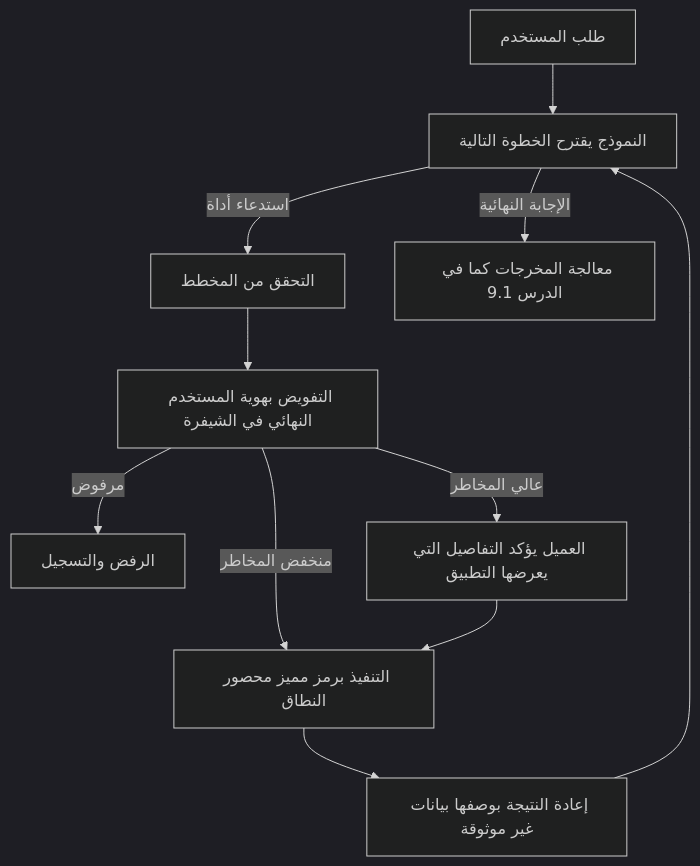
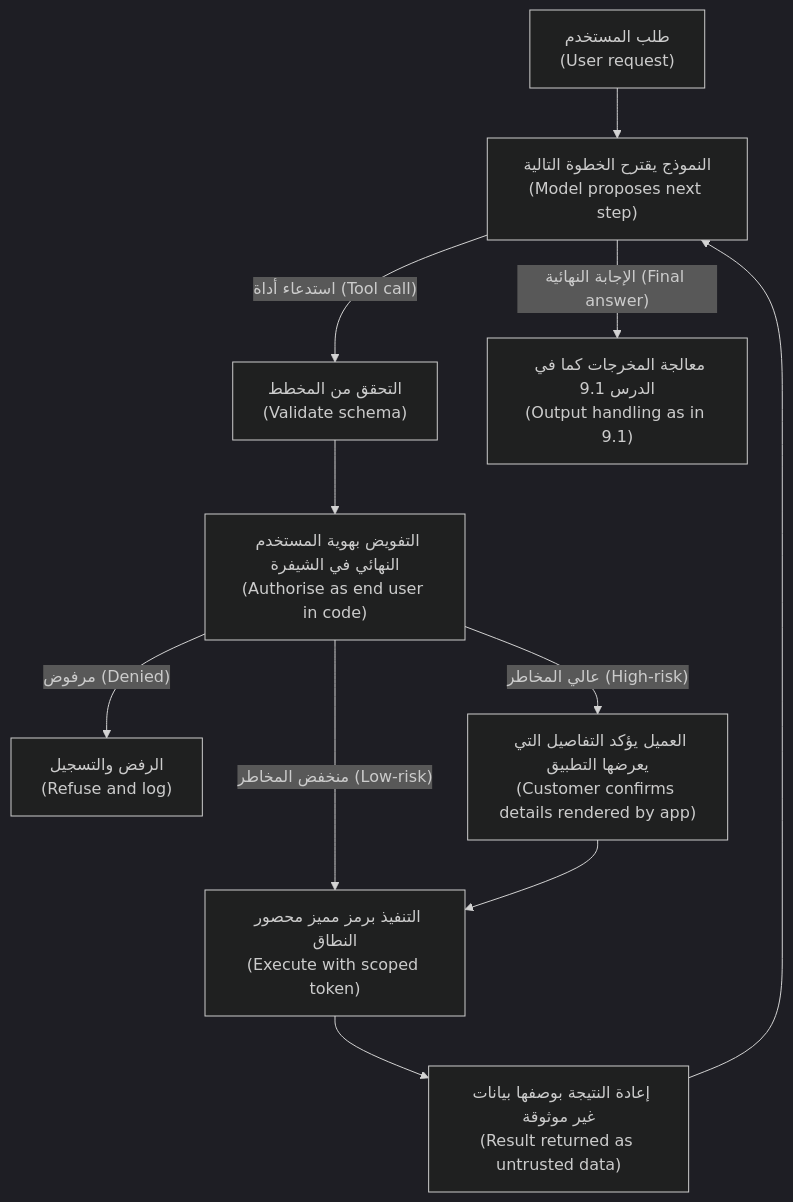
One commit to Tamoura/system-design-for-vibe-coders changed the second of 4 diagrams in secai/modules/09-ai-defence.ar.md. Above: the diagram before and after it, drawn with Mermaid (dark theme). The commit also changed other lines of this file and 11 other files, not shown here.

First line of the commit message:
Security course: Arabic modules 10–11 reviewed; RTL diagrams with English labels for modules 0–11

````diff
--- a/secai/modules/09-ai-defence.ar.md
+++ b/secai/modules/09-ai-defence.ar.md
@@ -281,13 +281,13 @@
 ```mermaid
 flowchart TD
-    A["طلب المستخدم"] --> B["النموذج يقترح الخطوة التالية"]
-    B -->|"استدعاء أداة"| C["التحقق من المخطط"]
-    C --> D["التفويض بهوية المستخدم النهائي في الشيفرة"]
-    D -->|"مرفوض"| H["الرفض والتسجيل"]
-    D -->|"عالي المخاطر"| E["العميل يؤكد التفاصيل التي يعرضها التطبيق"]
-    D -->|"منخفض المخاطر"| F["التنفيذ برمز مميز محصور النطاق"]
+    A["طلب المستخدم<br/>(User request)"] --> B["النموذج يقترح الخطوة التالية<br/>(Model proposes next step)"]
+    B -->|"استدعاء أداة (Tool call)"| C["التحقق من المخطط<br/>(Validate schema)"]
+    C --> D["التفويض بهوية المستخدم النهائي في الشيفرة<br/>(Authorise as end user in code)"]
+    D -->|"مرفوض (Denied)"| H["الرفض والتسجيل<br/>(Refuse and log)"]
+    D -->|"عالي المخاطر (High-risk)"| E["العميل يؤكد التفاصيل التي يعرضها التطبيق<br/>(Customer confirms details rendered by app)"]
+    D -->|"منخفض المخاطر (Low-risk)"| F["التنفيذ برمز مميز محصور النطاق<br/>(Execute with scoped token)"]
     E --> F
-    F --> G["إعادة النتيجة بوصفها بيانات غير موثوقة"]
+    F --> G["إعادة النتيجة بوصفها بيانات غير موثوقة<br/>(Result returned as untrusted data)"]
     G --> B
-    B -->|"الإجابة النهائية"| I["معالجة المخرجات كما في الدرس 9.1"]
+    B -->|"الإجابة النهائية (Final answer)"| I["معالجة المخرجات كما في الدرس 9.1<br/>(Output handling as in 9.1)"]
 ```
````
